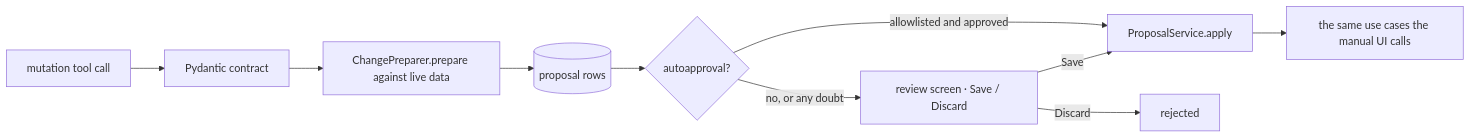
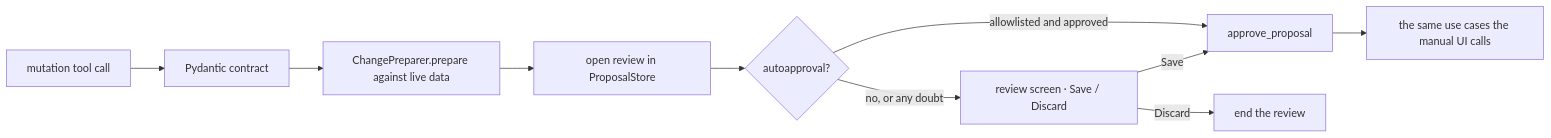
One commit to myvaheed/tg-ai-safwa changed the fifth of 10 diagrams in docs/AGENT_ARCH.md. Above: the diagram before and after it, drawn with Mermaid. The commit also changed other lines of this file and 59 other files, not shown here.

````diff
--- a/docs/AGENT_ARCH.md
+++ b/docs/AGENT_ARCH.md
@@ -194,12 +194,12 @@
 ```mermaid
 flowchart LR
     T[mutation tool call] --> C[Pydantic contract]
     C --> P[ChangePreparer.prepare against live data]
-    P --> R[(proposal rows)]
+    P --> R[open review in ProposalStore]
     R --> AUTO{autoapproval?}
     AUTO -->|allowlisted and approved| APPLY
     AUTO -->|no, or any doubt| SCREEN[review screen · Save / Discard]
-    SCREEN -->|Save| APPLY[ProposalService.apply]
-    SCREEN -->|Discard| REJ[rejected]
+    SCREEN -->|Save| APPLY[approve_proposal]
+    SCREEN -->|Discard| REJ[end the review]
     APPLY --> DOM[the same use cases the manual UI calls]
 ```
````
